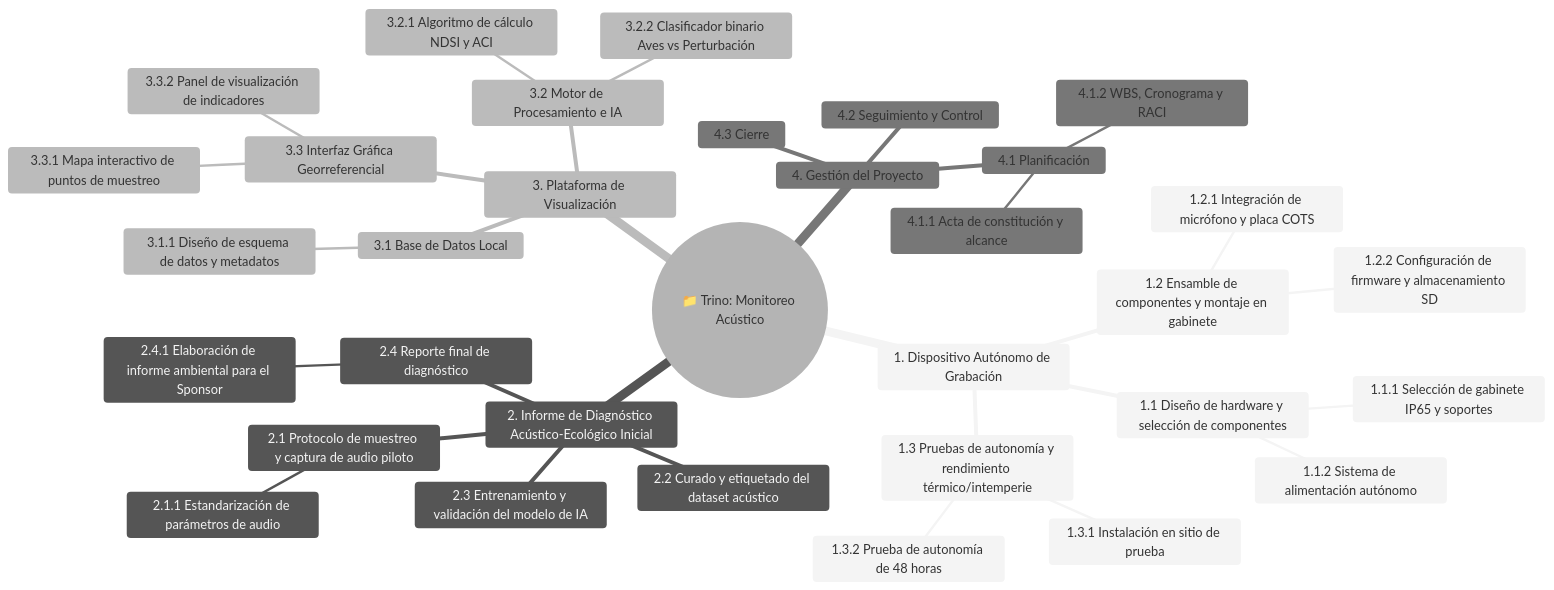
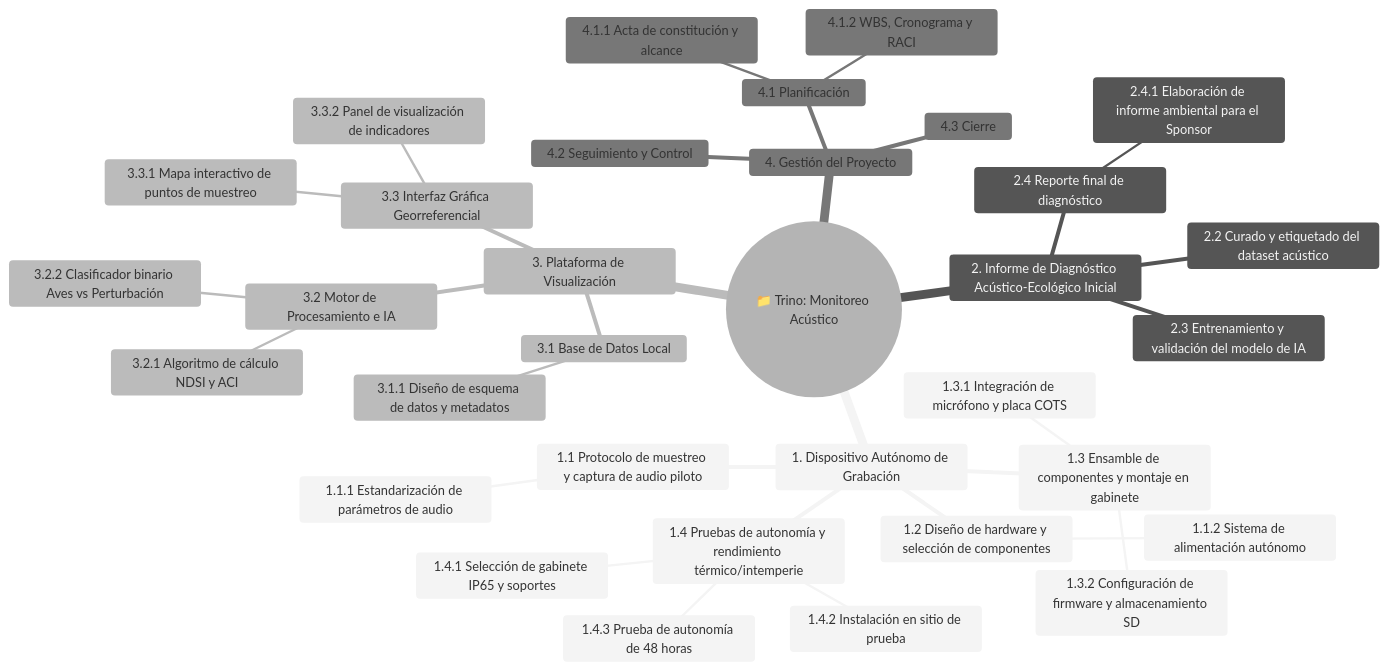
The diagram in wbs.md (fatimalunazzz/GestionProyecto), drawn with Mermaid (neutral theme) before and after one commit. The commit also changed other lines of this file, not shown here.

Commit message:
Revise WBS structure and update task details

````diff
--- a/wbs.md
+++ b/wbs.md
@@ -5,36 +5,36 @@
 ```mermaid
 mindmap
   root(("📁 Trino: Monitoreo Acústico"))
     1. Dispositivo Autónomo de Grabación
-      1.1 Diseño de hardware y selección de componentes
-        1.1.1 Selección de gabinete IP65 y soportes
+      1.1 Protocolo de muestreo y captura de audio piloto
+        1.1.1 Estandarización de parámetros de audio
+      1.2 Diseño de hardware y selección de componentes
         1.1.2 Sistema de alimentación autónomo
-      1.2 Ensamble de componentes y montaje en gabinete
-        1.2.1 Integración de micrófono y placa COTS
-        1.2.2 Configuración de firmware y almacenamiento SD
-      1.3 Pruebas de autonomía y rendimiento térmico/intemperie
-        1.3.1 Instalación en sitio de prueba
-        1.3.2 Prueba de autonomía de 48 horas
+      1.3 Ensamble de componentes y montaje en gabinete
+        1.3.1 Integración de micrófono y placa COTS
+        1.3.2 Configuración de firmware y almacenamiento SD
+      1.4 Pruebas de autonomía y rendimiento térmico/intemperie
+        1.4.1 Selección de gabinete IP65 y soportes
+        1.4.2 Instalación en sitio de prueba
+        1.4.3 Prueba de autonomía de 48 horas
     2. Informe de Diagnóstico Acústico-Ecológico Inicial
-      2.1 Protocolo de muestreo y captura de audio piloto
-        2.1.1 Estandarización de parámetros de audio
       2.2 Curado y etiquetado del dataset acústico
       2.3 Entrenamiento y validación del modelo de IA
       2.4 Reporte final de diagnóstico
         2.4.1 Elaboración de informe ambiental para el Sponsor
     3. Plataforma de Visualización
       3.1 Base de Datos Local
         3.1.1 Diseño de esquema de datos y metadatos
       3.2 Motor de Procesamiento e IA
         3.2.1 Algoritmo de cálculo NDSI y ACI
         3.2.2 Clasificador binario Aves vs Perturbación
       3.3 Interfaz Gráfica Georreferencial
         3.3.1 Mapa interactivo de puntos de muestreo
         3.3.2 Panel de visualización de indicadores
     4. Gestión del Proyecto
       4.1 Planificación
         4.1.1 Acta de constitución y alcance
         4.1.2 WBS, Cronograma y RACI
       4.2 Seguimiento y Control
       4.3 Cierre
 ```
````
